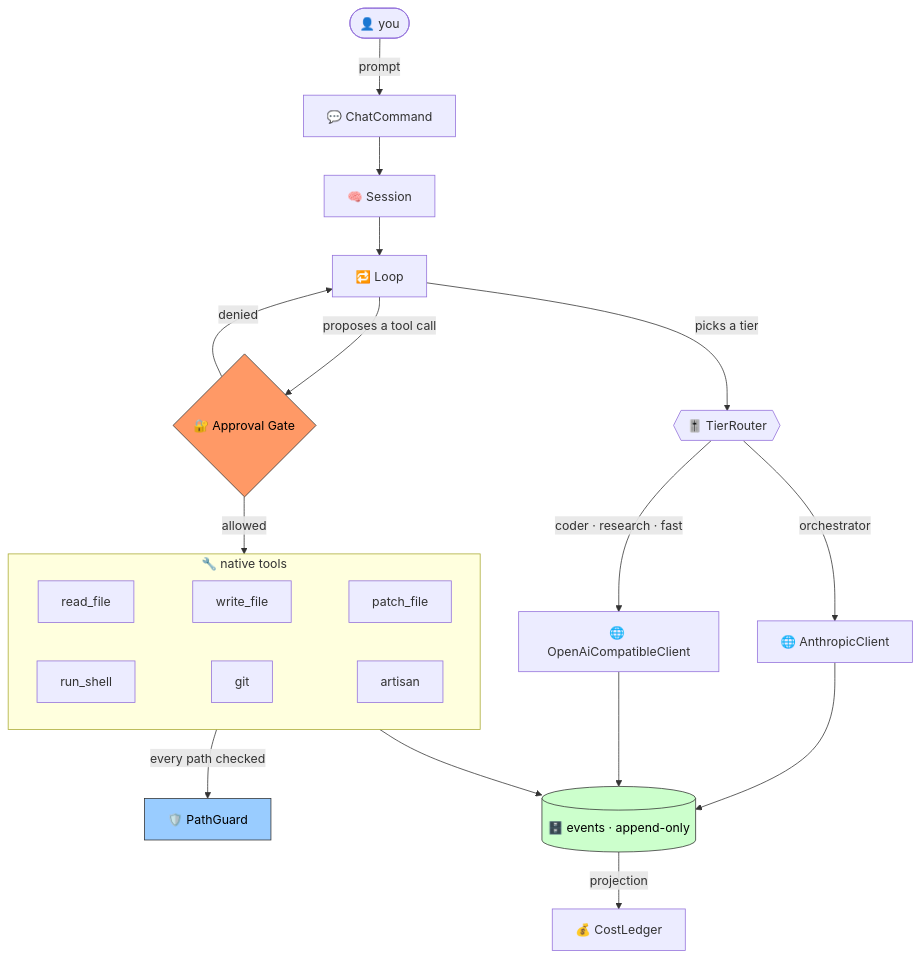
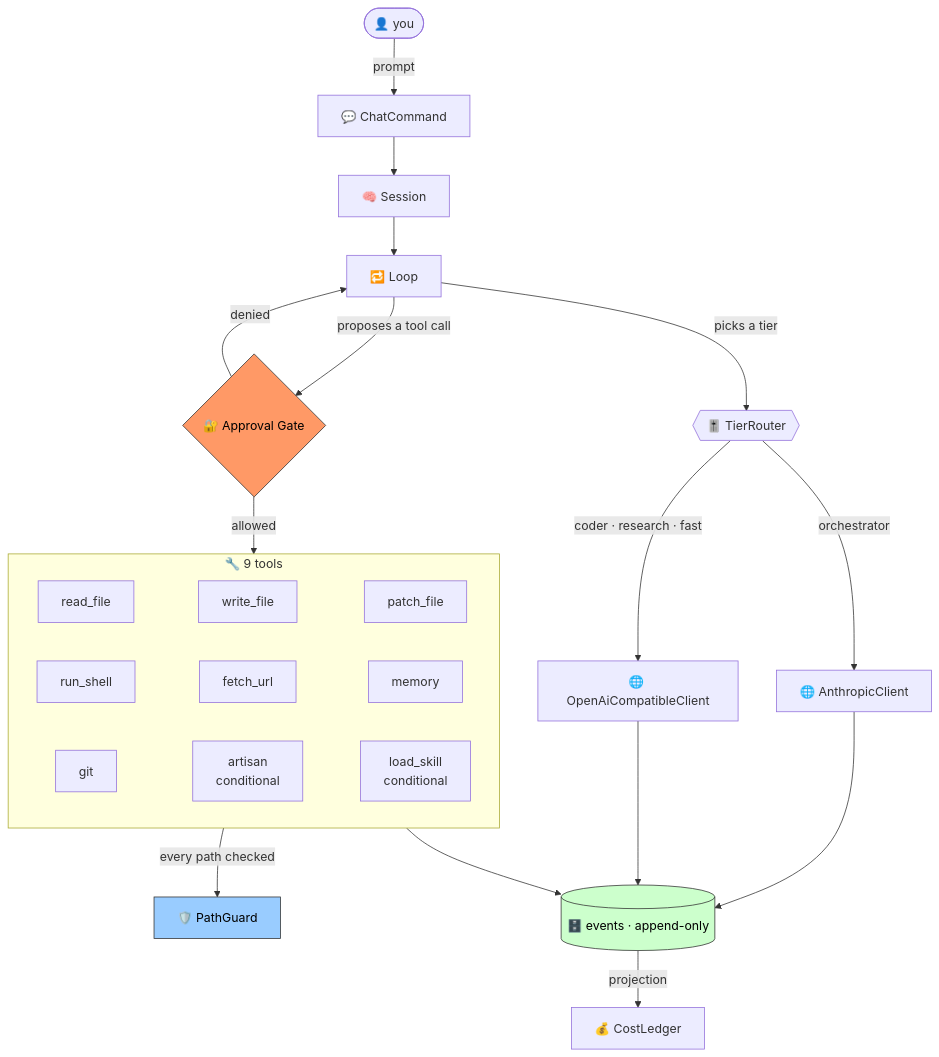
The first of 3 diagrams in README.md (shoemoney/paider), drawn with Mermaid before and after one commit. The commit also changed other lines of this file, not shown here.

First line of the commit message:
docs: sync README to code — 461 tests, 9 tools, 12 presets 📊🛡️

````diff
--- a/README.md
+++ b/README.md
@@ -232,29 +231,30 @@
 ```mermaid
 flowchart TB
     User([👤 you]) -->|prompt| Chat[💬 ChatCommand]
     Chat --> Session[🧠 Session]
     Session --> Loop[🔁 Loop]
 
     Loop -->|picks a tier| Router{{🎚️ TierRouter}}
     Router -->|orchestrator| P1[🌐 AnthropicClient]
     Router -->|coder · research · fast| P2[🌐 OpenAiCompatibleClient]
 
     Loop -->|proposes a tool call| Gate{🔐 Approval Gate}
     Gate -->|denied| Loop
     Gate -->|allowed| Tools
 
-    subgraph Tools [🔧 native tools]
+    subgraph Tools [🔧 9 tools]
         direction LR
         T1[read_file] ~~~ T2[write_file] ~~~ T3[patch_file]
-        T4[run_shell] ~~~ T5[git] ~~~ T6[artisan]
+        T4[run_shell] ~~~ T5[fetch_url] ~~~ T6[memory]
+        T7[git] ~~~ T8[artisan<br/>conditional] ~~~ T9[load_skill<br/>conditional]
     end
 
     Tools -->|every path checked| Guard[🛡️ PathGuard]
     Tools --> Log[(🗄️ events · append-only)]
     P1 & P2 --> Log
     Log -->|projection| Ledger[💰 CostLedger]
 
     style Gate fill:#f96,stroke:#333,color:#000
     style Guard fill:#9cf,stroke:#333,color:#000
     style Log fill:#cfc,stroke:#333,color:#000
 ```
````
